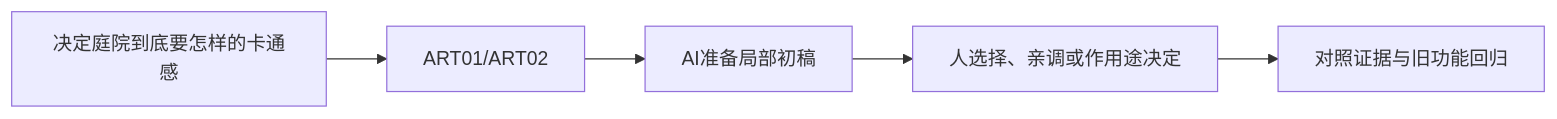
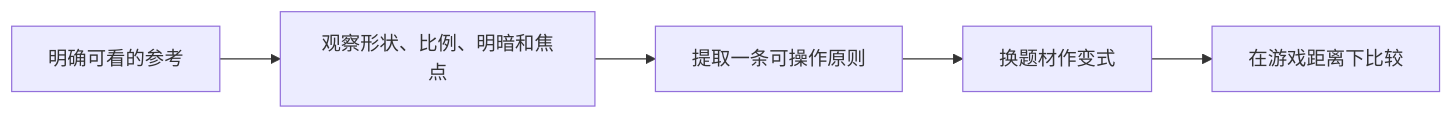
One commit to Zilur/ai-3d-game-learning changed the diagram in curriculum/lessons/R01.md. Above: the diagram before and after it, drawn with Mermaid. The commit also changed other lines of this file and 164 other files, not shown here.

Commit message:
docs: publish 47 step-by-step AI lesson flows, world upgrade and optional training corner

````diff
--- a/curriculum/lessons/R01.md
+++ b/curriculum/lessons/R01.md
@@ -38,7 +35,7 @@
 ```mermaid
 flowchart LR
-  S["决定庭院到底要怎样的卡通感"] --> K["ART01/ART02"]
-  K --> AI["AI准备局部初稿"]
-  AI --> H["人选择、亲调或作用途决定"]
-  H --> V["对照证据与旧功能回归"]
+ R["明确可看的参考"] --> O["观察形状、比例、明暗和焦点"]
+ O --> C["提取一条可操作原则"]
+ C --> V["换题材作变式"]
+ V --> G["在游戏距离下比较"]
 ```
````
